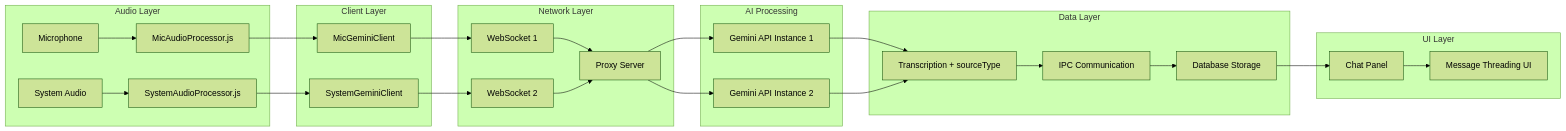
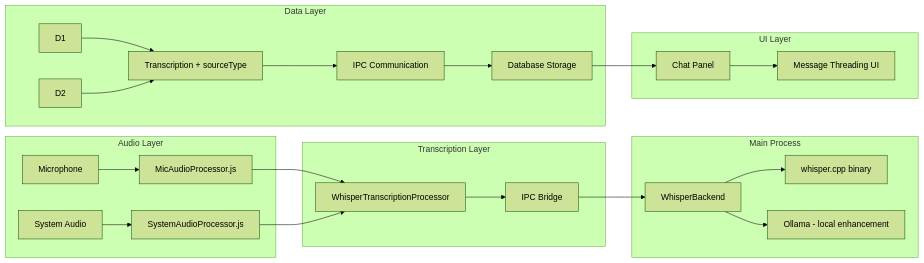
One commit to Intevia-AI/Knovy changed the second of 2 diagrams in docs/architecture/Message-threading.md. Above: the diagram before and after it, drawn with Mermaid (forest theme). The commit also changed other lines of this file and 7 other files, not shown here.

Commit message:
Docs: Update CLAUDE.md and docs to local-only architecture

````diff
--- a/docs/architecture/Message-threading.md
+++ b/docs/architecture/Message-threading.md
@@ -61,36 +53,31 @@
 ```mermaid
 graph LR
     subgraph "Audio Layer"
         A1[Microphone] --> A2[MicAudioProcessor.js]
         A3[System Audio] --> A4[SystemAudioProcessor.js]
     end
 
-    subgraph "Client Layer"
-        A2 --> B1[MicGeminiClient]
-        A4 --> B2[SystemGeminiClient]
+    subgraph "Transcription Layer"
+        A2 --> B1[WhisperTranscriptionProcessor]
+        A4 --> B1
+        B1 --> B2[IPC Bridge]
     end
 
-    subgraph "Network Layer"
-        B1 --> C1[WebSocket 1]
-        B2 --> C2[WebSocket 2]
-        C1 --> C3[Proxy Server]
-        C2 --> C3
-    end
-
-    subgraph "AI Processing"
-        C3 --> D1[Gemini API Instance 1]
-        C3 --> D2[Gemini API Instance 2]
+    subgraph "Main Process"
+        B2 --> C1[WhisperBackend]
+        C1 --> C2[whisper.cpp binary]
+        C1 --> C3[Ollama - local enhancement]
     end
 
     subgraph "Data Layer"
         D1 --> E1[Transcription + sourceType]
         D2 --> E1
         E1 --> E2[IPC Communication]
         E2 --> E3[Database Storage]
     end
 
     subgraph "UI Layer"
         E3 --> F1[Chat Panel]
         F1 --> F2[Message Threading UI]
     end
 ```
````
